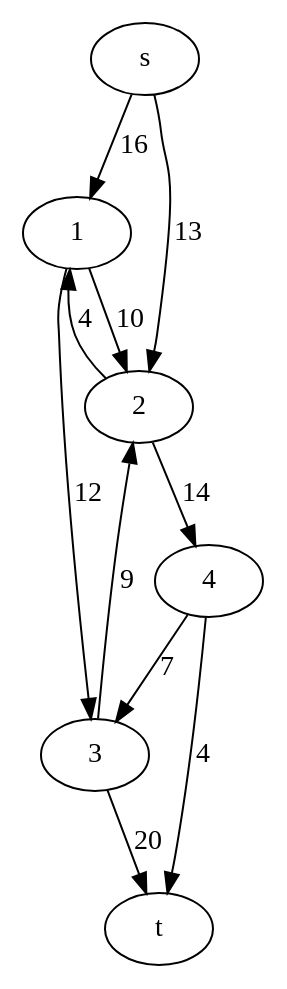
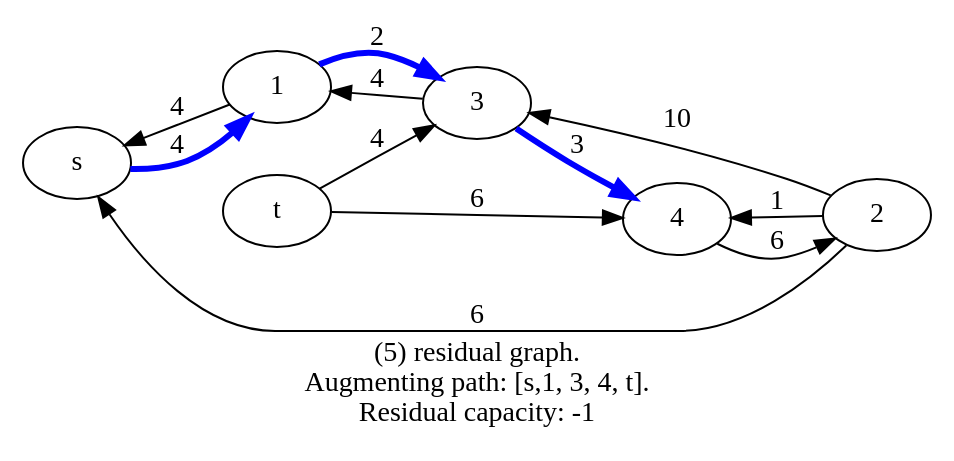
One commit to Milhka/MaximumFlow changed the diagram in src/PW3/simpleGraph.gv. Above: the diagram before and after it, drawn with Graphviz. The commit also changed 2 other files, not shown here.

```diff
--- a/src/PW3/simpleGraph.gv
+++ b/src/PW3/simpleGraph.gv
@@ -1,13 +1,17 @@
-digraph toast {
-    rankdir =" LR ";
-    s -> 1 [ label ="16" , len =16];
-    s -> 2 [ label ="13" , len =13];
-    1 -> 2 [ label ="10" , len =10];
-    2 -> 1 [ label ="4" , len =4];
-    1 -> 3 [ label ="12" , len =12];
-    2 -> 4 [ label ="14" , len =14];
-    3 -> 2 [ label ="9" , len =9];
-    3 -> t [ label ="20" , len =20];
-    4 -> 3 [ label ="7" , len =7];
-    4 -> t [ label ="4" , len =4];
+digraph residualGraph5 {
+    rankdir="LR";
+    label="(5) residual graph.
+Augmenting path: [s,1, 3, 4, t].
+Residual capacity: -1";
+    s -> 1 [label="4", len=4, penwidth=3, color="blue"];
+    t -> 3 [label="4", len=4];
+    t -> 4 [label="6", len=6];
+    1 -> 3 [label="2", len=2, penwidth=3, color="blue"];
+    1 -> s [label="4", len=4];
+    2 -> 3 [label="10", len=10];
+    2 -> 4 [label="1", len=1];
+    2 -> s [label="6", len=6];
+    3 -> 4 [label="3", len=3, penwidth=3, color="blue"];
+    3 -> 1 [label="4", len=4];
+    4 -> 2 [label="6", len=6];
 }
```
